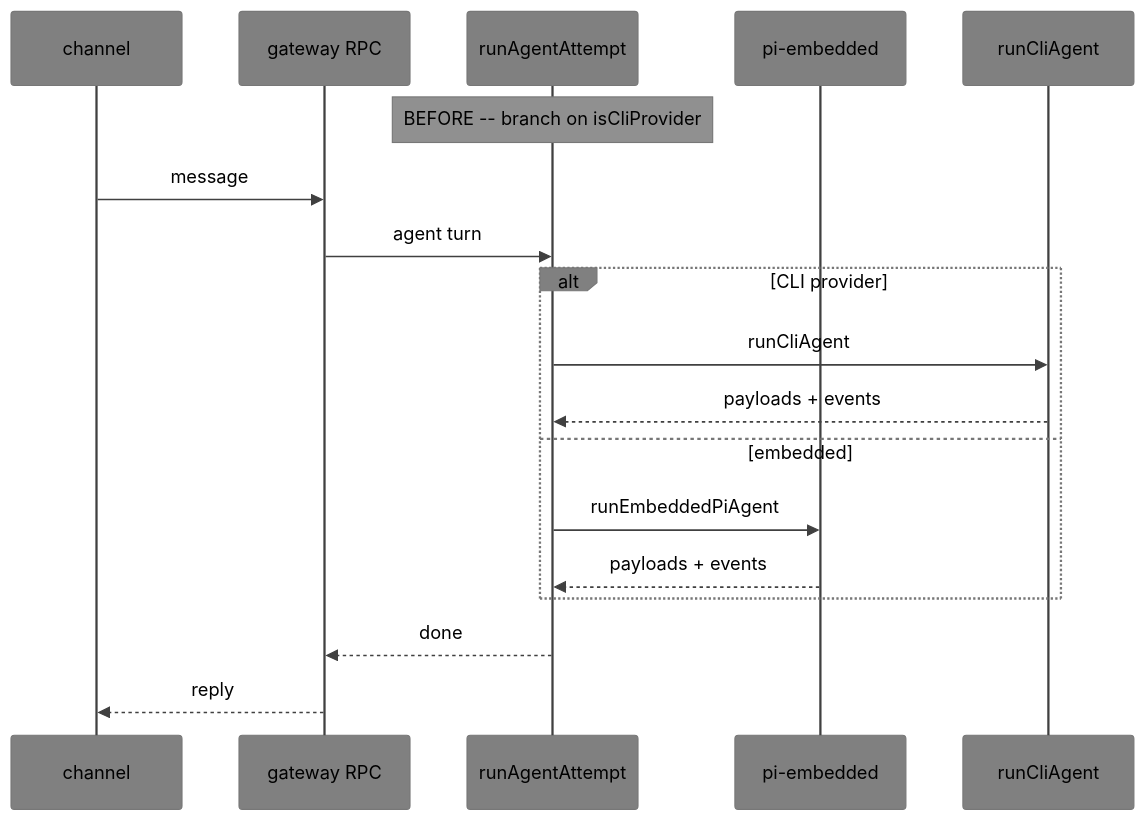
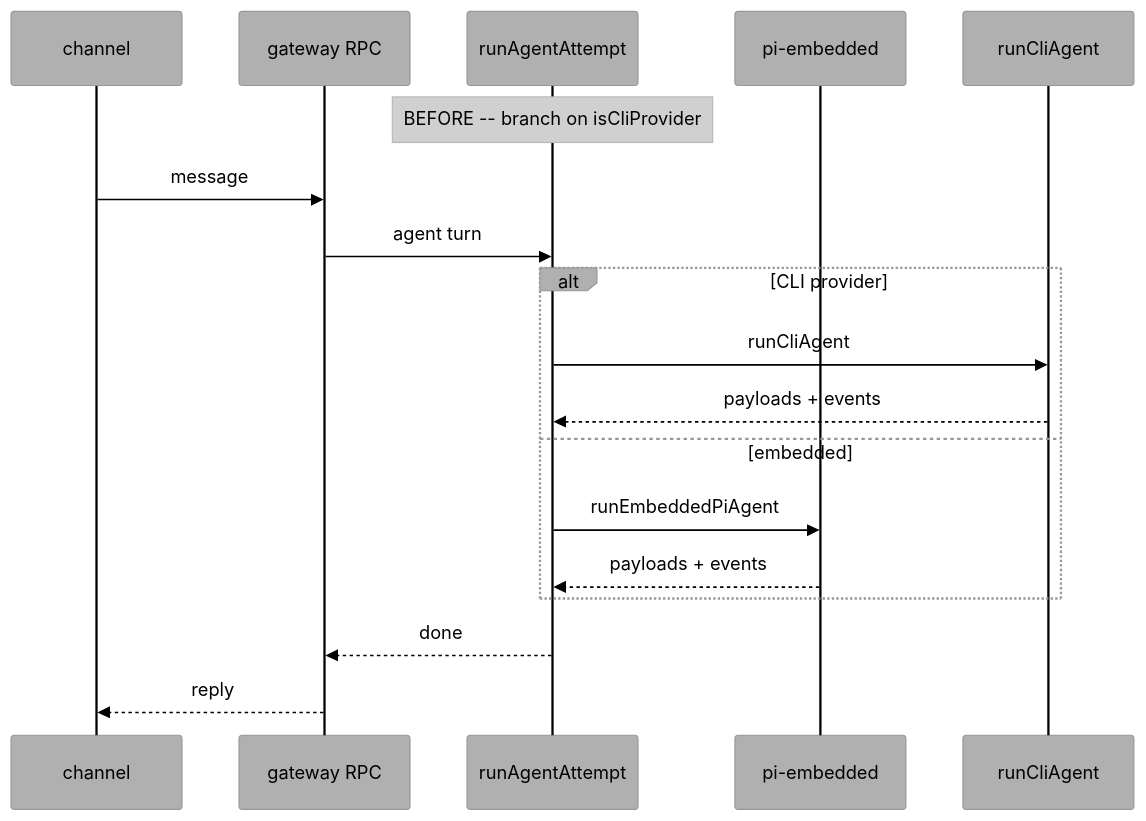
Before and after one commit to bochek/openclaw: the fourth of 9 diagrams in docs/refactor/acp-everywhere.md, drawn with Mermaid. The commit also changed other lines of this file, not shown here.

Commit message:
docs: force gray SVG background + high-contrast colors on ACP-everywhere sequence diagrams

````diff
--- a/docs/refactor/acp-everywhere.md
+++ b/docs/refactor/acp-everywhere.md
@@ -176,21 +176,21 @@
 ```mermaid
-%%{init: {'theme':'base','themeVariables':{'background':'#c0c0c0','primaryColor':'#909090','secondaryColor':'#808080','tertiaryColor':'#707070','primaryTextColor':'#000000','secondaryTextColor':'#000000','tertiaryTextColor':'#000000','noteTextColor':'#000000','lineColor':'#404040','actorLineColor':'#404040','signalColor':'#404040','actorBkg':'#808080','actorTextColor':'#000000','noteBkgColor':'#909090','stateLabelColor':'#000000','compositeBackground':'#a0a0a0'}}}%%
+%%{init: {'theme':'base','themeCSS':'svg{background:#e0e0e0;} .messageText{fill:#000000 !important;} .messageLine0,.messageLine1{stroke:#000000 !important;} text.actor{fill:#000000 !important;} .loopText,.loopText>tspan{fill:#000000 !important;} rect.actor{fill:#b0b0b0 !important;stroke:#000000 !important;}','themeVariables':{'background':'#e0e0e0','primaryColor':'#b0b0b0','secondaryColor':'#a0a0a0','tertiaryColor':'#909090','primaryTextColor':'#000000','secondaryTextColor':'#000000','tertiaryTextColor':'#000000','noteTextColor':'#000000','lineColor':'#000000','actorLineColor':'#000000','signalColor':'#000000','actorBkg':'#b0b0b0','actorTextColor':'#000000','noteBkgColor':'#d0d0d0','stateLabelColor':'#000000','compositeBackground':'#c0c0c0'}}}%%
 sequenceDiagram
     participant U as channel
     participant G as gateway RPC
     participant A as runAgentAttempt
     participant P as pi-embedded
     participant C as runCliAgent
     Note over A: BEFORE -- branch on isCliProvider
     U->>G: message
     G->>A: agent turn
     alt CLI provider
         A->>C: runCliAgent
         C-->>A: payloads + events
     else embedded
         A->>P: runEmbeddedPiAgent
         P-->>A: payloads + events
     end
     A-->>G: done
     G-->>U: reply
 ```
````
